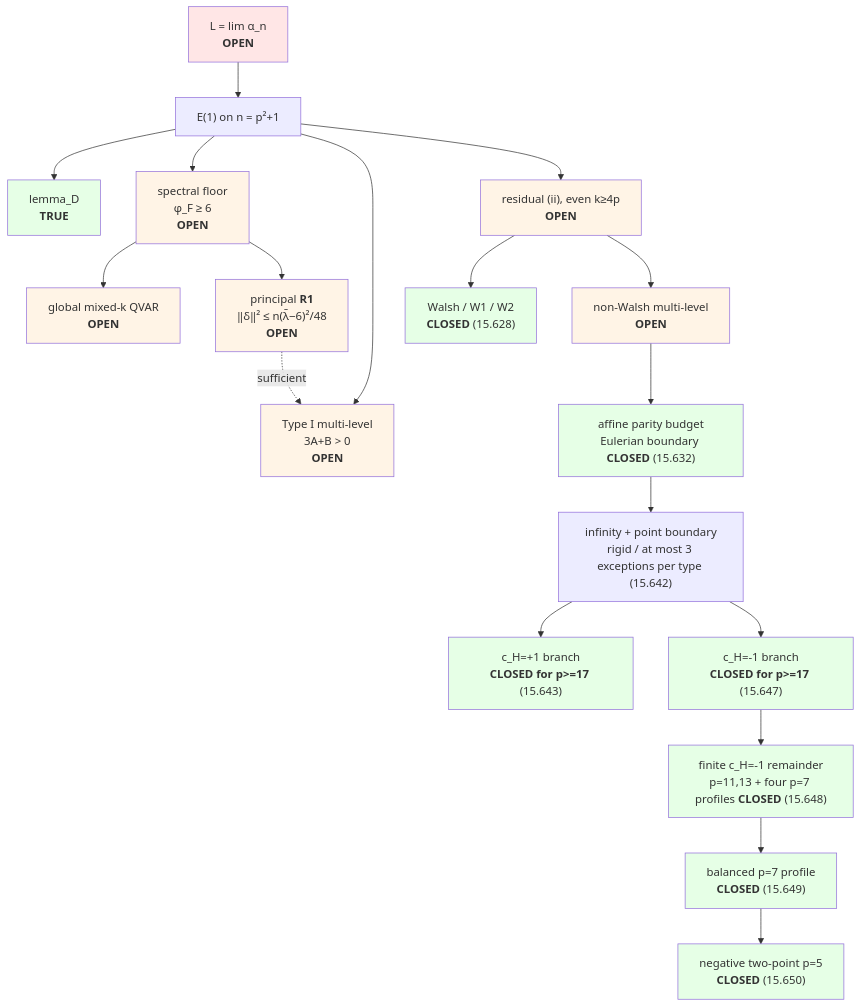
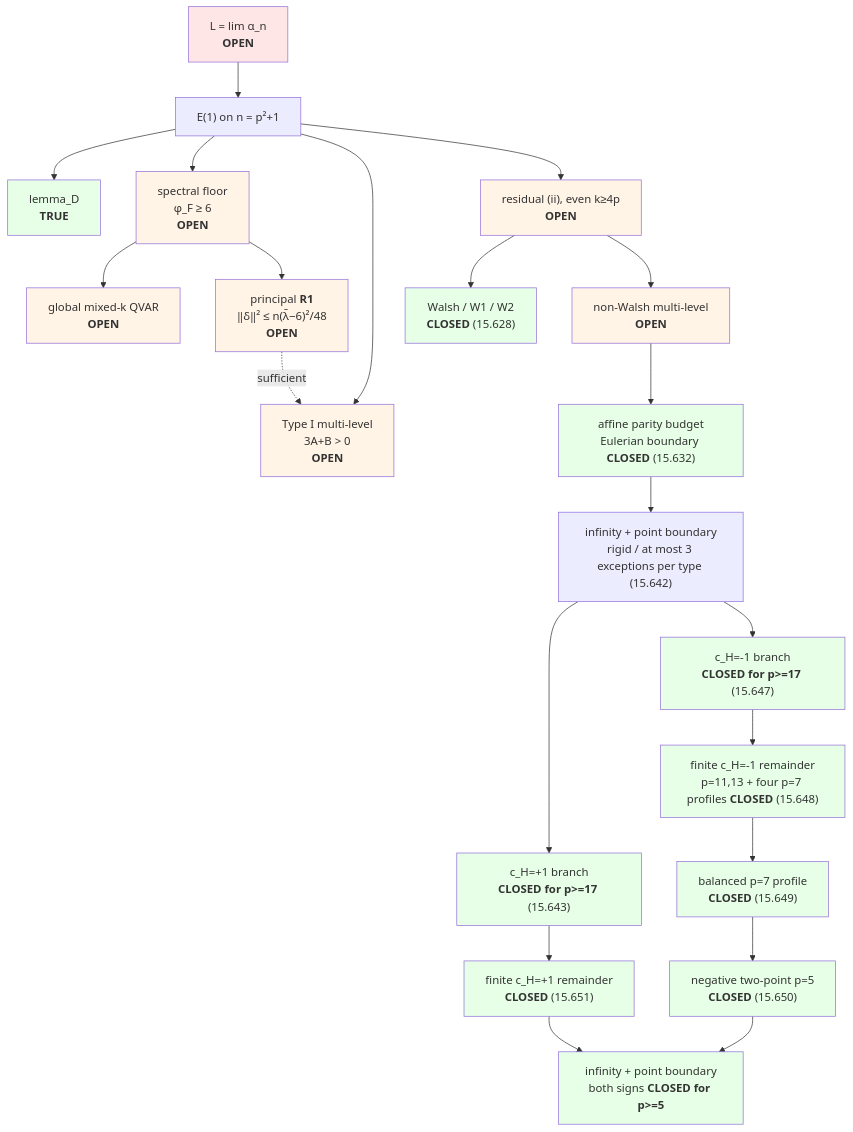
Before and after one commit to luckyseoul/quadratic-minmax-limit: the diagram in README.md, drawn with Mermaid. The commit also changed other lines of this file and 11 other files, not shown here.

Commit message:
Close the positive infinity-point branch

````diff
--- a/README.md
+++ b/README.md
@@ -106,35 +111,40 @@
 ```mermaid
 graph TD
     L["L = lim α_n<br/><b>OPEN</b>"] --> E1["E(1) on n = p²+1"]
     E1 --> D["lemma_D<br/><b>TRUE</b>"]
     E1 --> FLOOR["spectral floor<br/>φ_F ≥ 6<br/><b>OPEN</b>"]
     FLOOR --> QVAR["global mixed-k QVAR<br/><b>OPEN</b>"]
     FLOOR --> R1["principal <b>R1</b><br/>‖δ‖² ≤ n(λ̄−6)²/48<br/><b>OPEN</b>"]
     E1 --> TYPEI["Type I multi-level<br/>3A+B > 0<br/><b>OPEN</b>"]
     R1 -. sufficient .-> TYPEI
     E1 --> RES["residual (ii), even k≥4p<br/><b>OPEN</b>"]
     RES --> WALSH["Walsh / W1 / W2<br/><b>CLOSED</b> (15.628)"]
     RES --> MULTI["non-Walsh multi-level<br/><b>OPEN</b>"]
     MULTI --> BUDGET["affine parity budget<br/>Eulerian boundary <b>CLOSED</b> (15.632)"]
     BUDGET --> RIGID["infinity + point boundary<br/>rigid / at most 3 exceptions per type (15.642)"]
     RIGID --> POSKILL["c_H=+1 branch<br/><b>CLOSED for p>=17</b> (15.643)"]
+    POSKILL --> POSFINITE["finite c_H=+1 remainder<br/><b>CLOSED</b> (15.651)"]
     RIGID --> NEGKILL["c_H=-1 branch<br/><b>CLOSED for p>=17</b> (15.647)"]
     NEGKILL --> NEGFINITE["finite c_H=-1 remainder<br/>p=11,13 + four p=7 profiles <b>CLOSED</b> (15.648)"]
     NEGFINITE --> P7BAL["balanced p=7 profile<br/><b>CLOSED</b> (15.649)"]
     P7BAL --> P5NEG["negative two-point p=5<br/><b>CLOSED</b> (15.650)"]
+    POSFINITE --> TWOPT["infinity + point boundary<br/>both signs <b>CLOSED for p>=5</b>"]
+    P5NEG --> TWOPT
     style L fill:#ffe6e6
     style D fill:#e6ffe6
     style FLOOR fill:#fff4e6
     style QVAR fill:#fff4e6
     style R1 fill:#fff4e6
     style TYPEI fill:#fff4e6
     style RES fill:#fff4e6
     style WALSH fill:#e6ffe6
     style MULTI fill:#fff4e6
     style BUDGET fill:#e6ffe6
     style P7BAL fill:#e6ffe6
     style P5NEG fill:#e6ffe6
+    style POSFINITE fill:#e6ffe6
+    style TWOPT fill:#e6ffe6
     style POSKILL fill:#e6ffe6
     style NEGKILL fill:#e6ffe6
     style NEGFINITE fill:#e6ffe6
 ```
````
